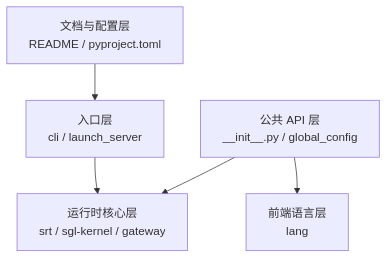
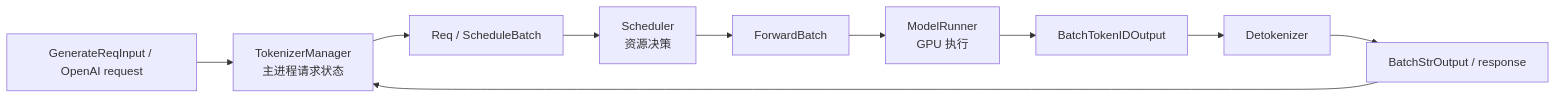
The diagram in sglang_reading/阅读方法/SGLang-阅读方法-核心概念.md (OnlyHero5/sglang-reading-vault), drawn with Mermaid before and after one commit. The commit also changed other lines of this file and 512 other files, not shown here.

````diff
--- a/sglang_reading/阅读方法/SGLang-阅读方法-核心概念.md
+++ b/sglang_reading/阅读方法/SGLang-阅读方法-核心概念.md
@@ -97,12 +118,13 @@
 ```mermaid
-flowchart TB
- DOC["文档与配置层<br/>README / pyproject.toml"]
- EP["入口层<br/>cli / launch_server"]
- API["公共 API 层<br/>__init__.py / global_config"]
- RT["运行时核心层<br/>srt / sgl-kernel / gateway"]
- FE["前端语言层<br/>lang"]
-
- DOC --> EP --> RT
- API --> FE
- API --> RT
+flowchart LR
+    EXT["GenerateReqInput / OpenAI request"]
+    TM["TokenizerManager<br/>主进程请求状态"]
+    REQ["Req / ScheduleBatch"]
+    SCH["Scheduler<br/>资源决策"]
+    FB["ForwardBatch"]
+    MR["ModelRunner<br/>GPU 执行"]
+    TOK["BatchTokenIDOutput"]
+    DET["Detokenizer"]
+    TXT["BatchStrOutput / response"]
+    EXT --> TM --> REQ --> SCH --> FB --> MR --> TOK --> DET --> TXT --> TM
 ```
````
